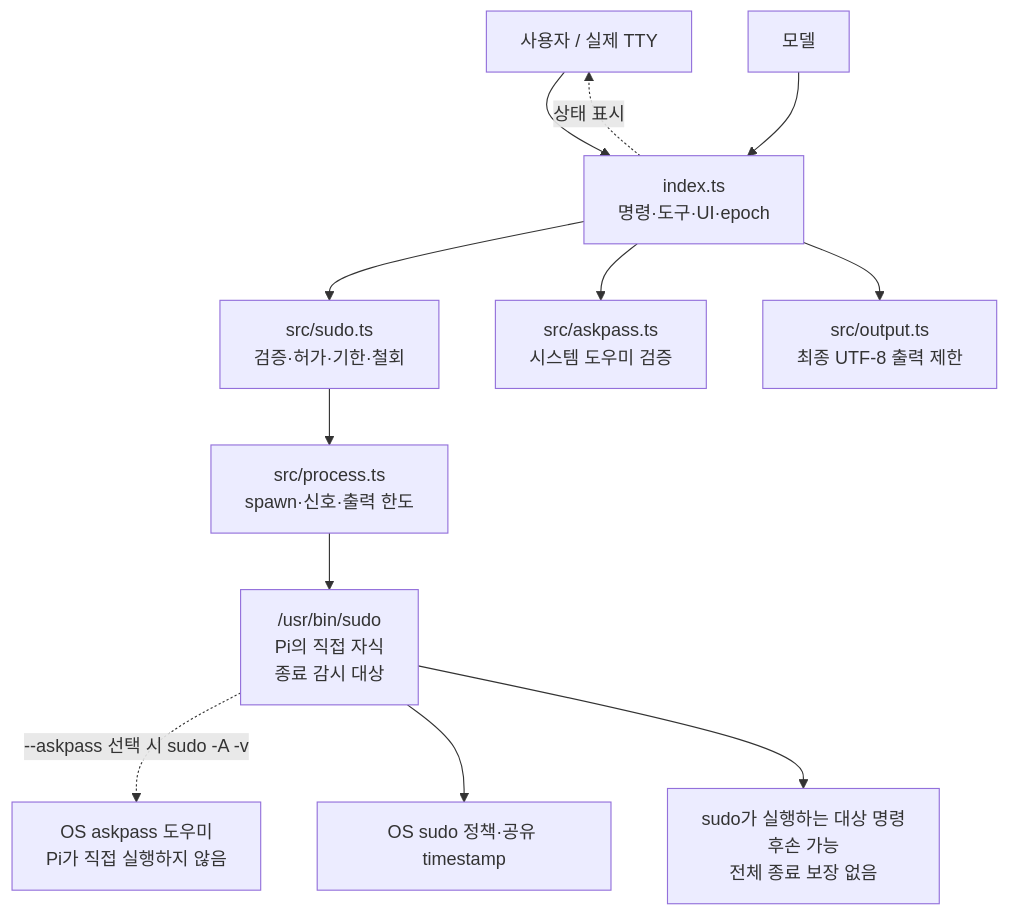
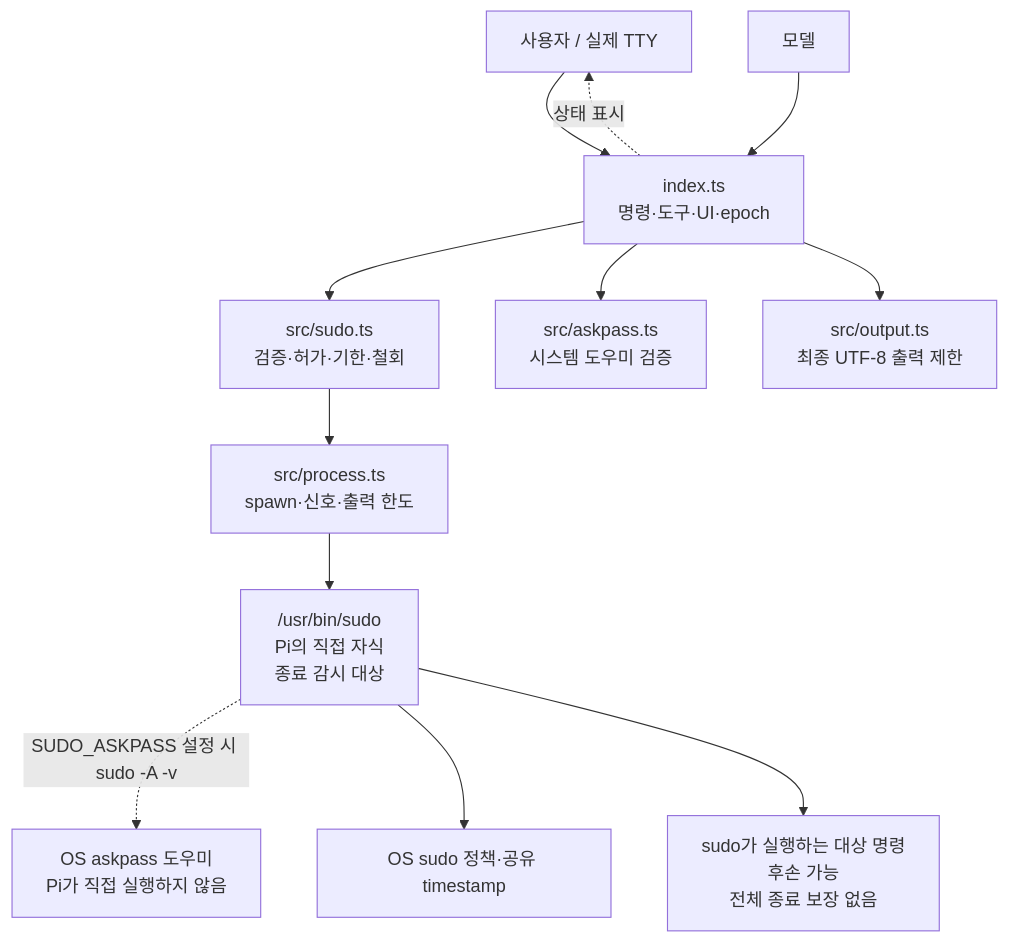
One commit to spi-ca/pi-sudo changed the diagram in docs/diagram/modules.mmd. Above: the diagram before and after it, drawn with Mermaid. The commit also changed 18 other files, not shown here.

Commit message:
feat: stream sudo output and auto-select trusted askpass

```diff
--- a/docs/diagram/modules.mmd
+++ b/docs/diagram/modules.mmd
@@ -1,12 +1,12 @@
 flowchart TB
     User["사용자 / 실제 TTY"] --> Entry["index.ts<br/>명령·도구·UI·epoch"]
     Model["모델"] --> Entry
     Entry --> Access["src/sudo.ts<br/>검증·허가·기한·철회"]
     Entry --> Helper["src/askpass.ts<br/>시스템 도우미 검증"]
     Entry --> Output["src/output.ts<br/>최종 UTF-8 출력 제한"]
     Access --> Process["src/process.ts<br/>spawn·신호·출력 한도"]
     Process --> Sudo["/usr/bin/sudo<br/>Pi의 직접 자식<br/>종료 감시 대상"]
-    Sudo -. "--askpass 선택 시 sudo -A -v" .-> HelperOS["OS askpass 도우미<br/>Pi가 직접 실행하지 않음"]
+    Sudo -. "SUDO_ASKPASS 설정 시 sudo -A -v" .-> HelperOS["OS askpass 도우미<br/>Pi가 직접 실행하지 않음"]
     Sudo --> Policy["OS sudo 정책·공유 timestamp"]
     Sudo --> Child["sudo가 실행하는 대상 명령<br/>후손 가능<br/>전체 종료 보장 없음"]
     Entry -. "상태 표시" .-> User
```
